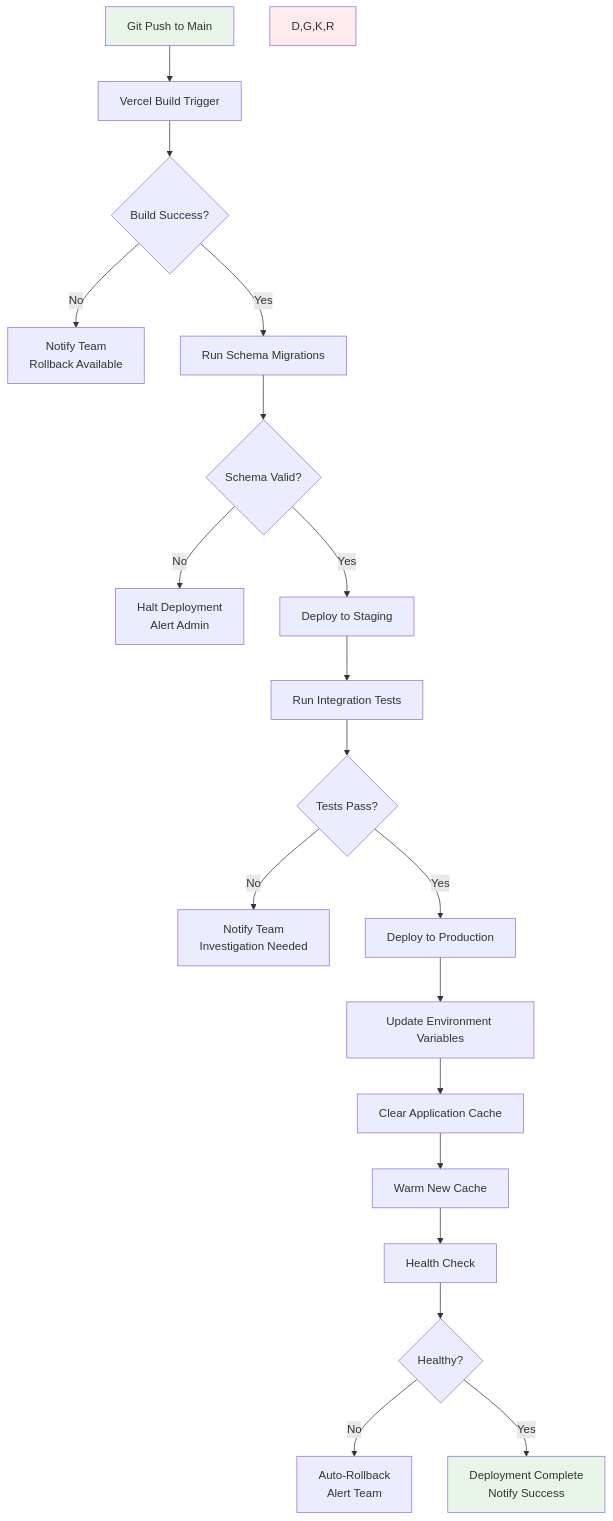
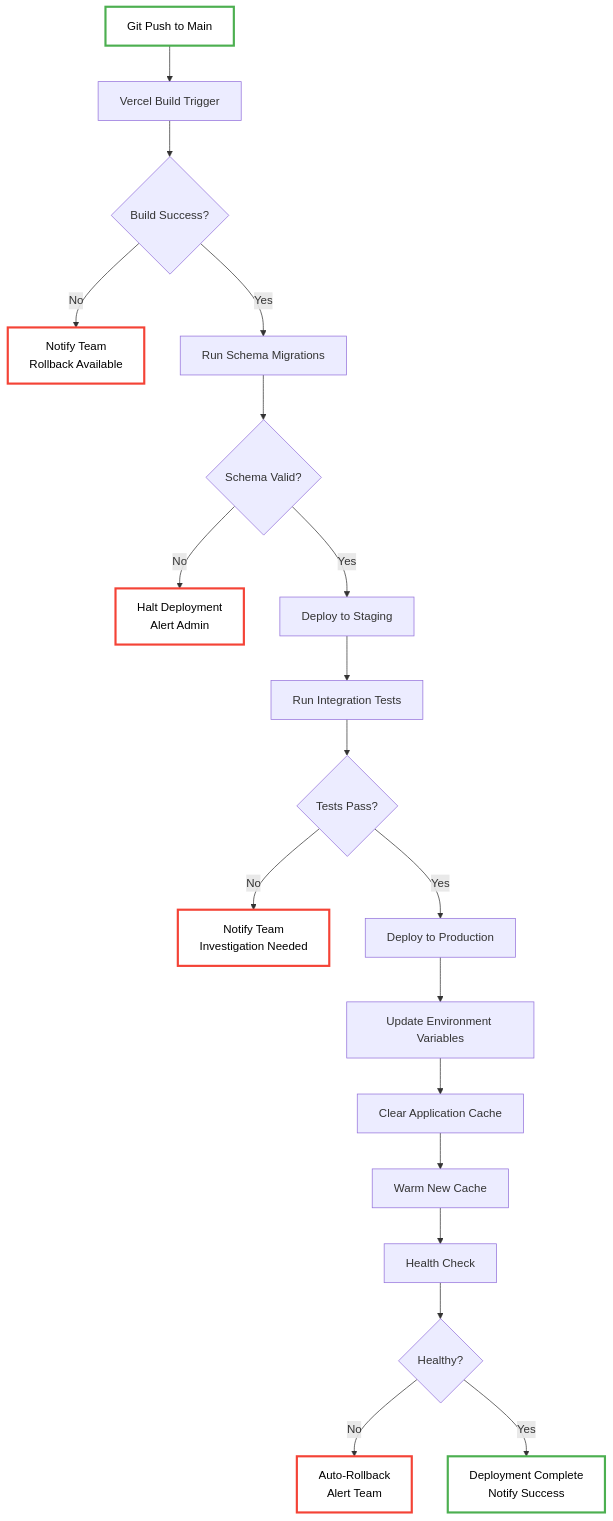
The sixth of 6 diagrams in core/pipeline/data-pipeline-diagram.md (kpm34/college-football-fantasy-app), drawn with Mermaid before and after one commit. The commit also changed other lines of this file, not shown here.

First line of the commit message:
style: Improve text contrast and legibility in Mermaid diagrams

````diff
--- a/core/pipeline/data-pipeline-diagram.md
+++ b/core/pipeline/data-pipeline-diagram.md
@@ -308,29 +308,32 @@
 ```mermaid
 flowchart TD
     A[Git Push to Main] --> B[Vercel Build Trigger]
     B --> C{Build Success?}
     C -->|No| D[Notify Team<br/>Rollback Available]
     C -->|Yes| E[Run Schema Migrations]
     
     E --> F{Schema Valid?}
     F -->|No| G[Halt Deployment<br/>Alert Admin]
     F -->|Yes| H[Deploy to Staging]
     
     H --> I[Run Integration Tests]
     I --> J{Tests Pass?}
     J -->|No| K[Notify Team<br/>Investigation Needed]
     J -->|Yes| L[Deploy to Production]
     
     L --> M[Update Environment Variables]
     M --> N[Clear Application Cache]
     N --> O[Warm New Cache]
     O --> P[Health Check]
     
     P --> Q{Healthy?}
     Q -->|No| R[Auto-Rollback<br/>Alert Team]
     Q -->|Yes| S[Deployment Complete<br/>Notify Success]
     
-    style A fill:#e8f5e8
-    style S fill:#e8f5e8
-    style D,G,K,R fill:#ffebee
+    style A fill:#ffffff,stroke:#4caf50,stroke-width:3px,color:#000000
+    style S fill:#ffffff,stroke:#4caf50,stroke-width:3px,color:#000000
+    style D fill:#ffffff,stroke:#f44336,stroke-width:3px,color:#000000
+    style G fill:#ffffff,stroke:#f44336,stroke-width:3px,color:#000000
+    style K fill:#ffffff,stroke:#f44336,stroke-width:3px,color:#000000
+    style R fill:#ffffff,stroke:#f44336,stroke-width:3px,color:#000000
 ```
````
